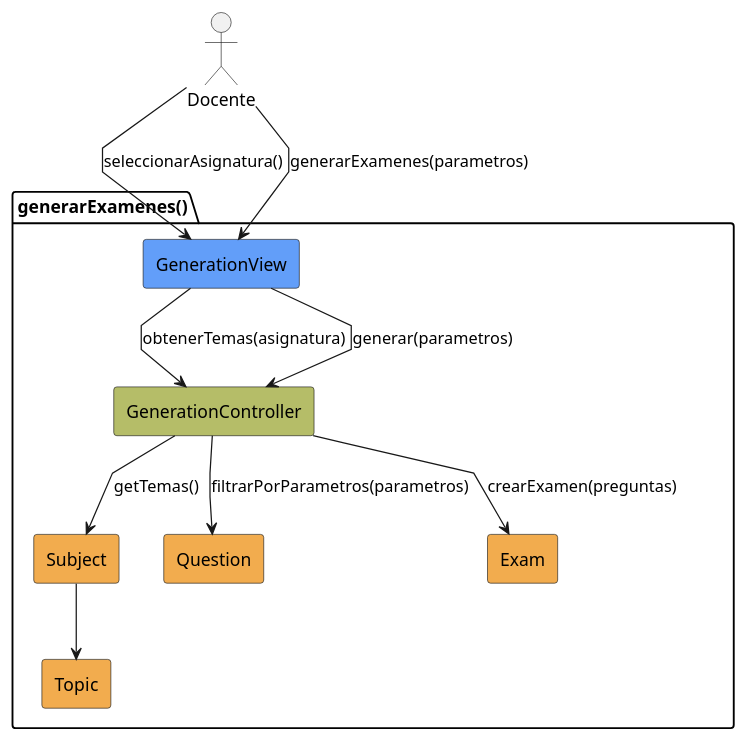
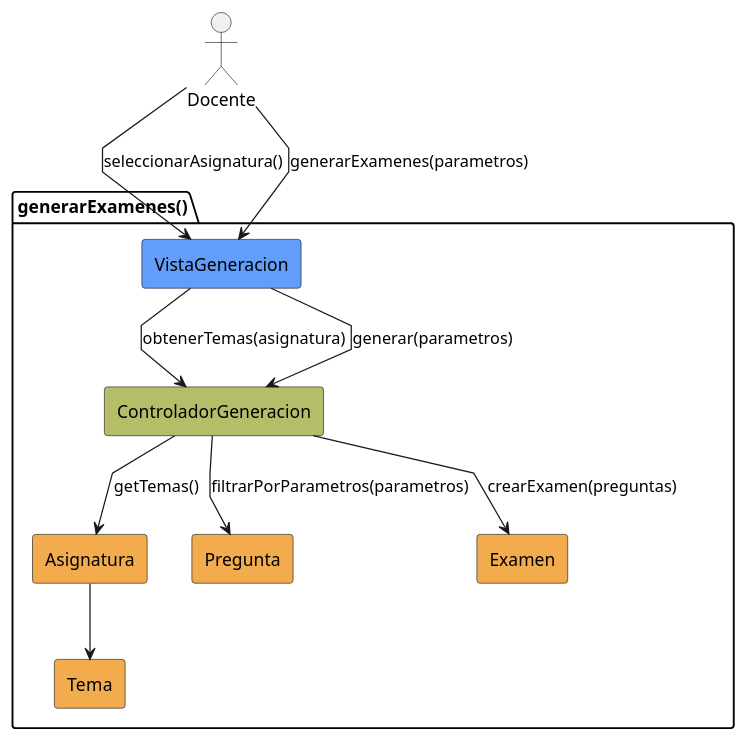
The diagram in RUP/01-analisis/casos-uso/CU-02-generarExamenes/analisis-colaboracion-CU-02-generarExamenes.puml (liamanderson873/25-26-idsw2-sdVC), drawn with PlantUML before and after one commit. The commit also changed 85 other files, not shown here.

```diff
--- a/RUP/01-analisis/casos-uso/CU-02-generarExamenes/analisis-colaboracion-CU-02-generarExamenes.puml
+++ b/RUP/01-analisis/casos-uso/CU-02-generarExamenes/analisis-colaboracion-CU-02-generarExamenes.puml
@@ -1,24 +1,24 @@
 @startuml generarExamenes-analisis
 skinparam linetype polyline
 
 actor Docente
 package generarExamenes as "generarExamenes()" {
-    rectangle #629EF9 GenerationView
-    rectangle #b5bd68 GenerationController
-    rectangle #F2AC4E Subject
-    rectangle #F2AC4E Topic
-    rectangle #F2AC4E Question
-    rectangle #F2AC4E Exam
+    rectangle #629EF9 VistaGeneracion
+    rectangle #b5bd68 ControladorGeneracion
+    rectangle #F2AC4E Asignatura
+    rectangle #F2AC4E Tema
+    rectangle #F2AC4E Pregunta
+    rectangle #F2AC4E Examen
 }
 
-Docente -r-> GenerationView: seleccionarAsignatura()
-GenerationView -d-> GenerationController: obtenerTemas(asignatura)
-GenerationController --> Subject: getTemas()
-Subject --> Topic
+Docente -r-> VistaGeneracion: seleccionarAsignatura()
+VistaGeneracion -d-> ControladorGeneracion: obtenerTemas(asignatura)
+ControladorGeneracion --> Asignatura: getTemas()
+Asignatura --> Tema
 
-Docente --> GenerationView: generarExamenes(parametros)
-GenerationView --> GenerationController: generar(parametros)
-GenerationController --> Question: filtrarPorParametros(parametros)
-GenerationController --> Exam: crearExamen(preguntas)
+Docente --> VistaGeneracion: generarExamenes(parametros)
+VistaGeneracion --> ControladorGeneracion: generar(parametros)
+ControladorGeneracion --> Pregunta: filtrarPorParametros(parametros)
+ControladorGeneracion --> Examen: crearExamen(preguntas)
 
 @enduml
```
